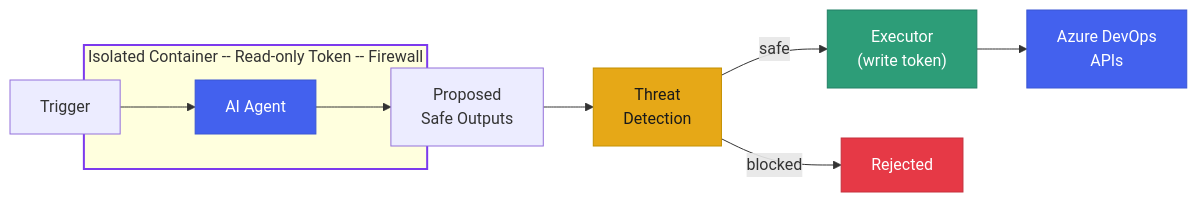
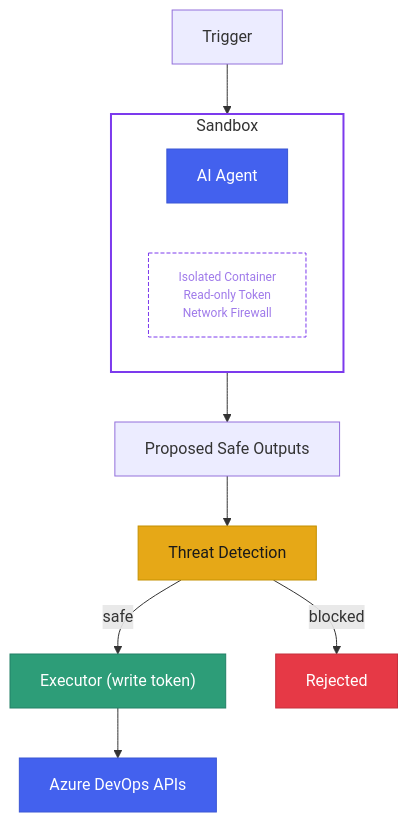
One commit to githubnext/ado-aw changed the diagram in docs-site/src/content/docs/index.mdx. Above: the diagram before and after it, drawn with Mermaid. The commit also changed other lines of this file and 2 other files, not shown here.

````diff
--- a/docs-site/src/content/docs/index.mdx
+++ b/docs-site/src/content/docs/index.mdx
@@ -67,19 +96,22 @@
 ```mermaid
-flowchart LR
+flowchart TD
     E["Trigger"] --> Agent
-    subgraph Sandbox["Isolated Container -- Read-only Token -- Firewall"]
+    subgraph Sandbox["Sandbox"]
+        direction LR
         Agent["AI Agent"]
+        Details["Isolated Container\nRead-only Token\nNetwork Firewall"]
     end
-    Agent --> Output["Proposed\nSafe Outputs"]
-    Output --> Detect["Threat\nDetection"]
-    Detect -->|"safe"| Write["Executor\n(write token)"]
+    Agent --> Output["Proposed Safe Outputs"]
+    Output --> Detect["Threat Detection"]
+    Detect -->|"safe"| Write["Executor (write token)"]
     Detect -->|"blocked"| Fail["Rejected"]
-    Write --> ADO["Azure DevOps\nAPIs"]
+    Write --> ADO["Azure DevOps APIs"]
 
-    style Sandbox stroke:#7c3aed,stroke-width:2px
+    style Sandbox stroke:#7c3aed,stroke-width:2px,fill:none
     style Agent fill:#4361ee,color:#fff,stroke:#3a56d4
+    style Details fill:none,stroke:#7c3aed,stroke-width:1px,color:#9f7aea,stroke-dasharray:4 2,font-size:0.75rem
     style Detect fill:#e6a817,color:#1a1a1a,stroke:#c49000
     style Write fill:#2d9d78,color:#fff,stroke:#238066
     style Fail fill:#e63946,color:#fff,stroke:#c5303c
     style ADO fill:#4361ee,color:#fff,stroke:#3a56d4
 ```
````
